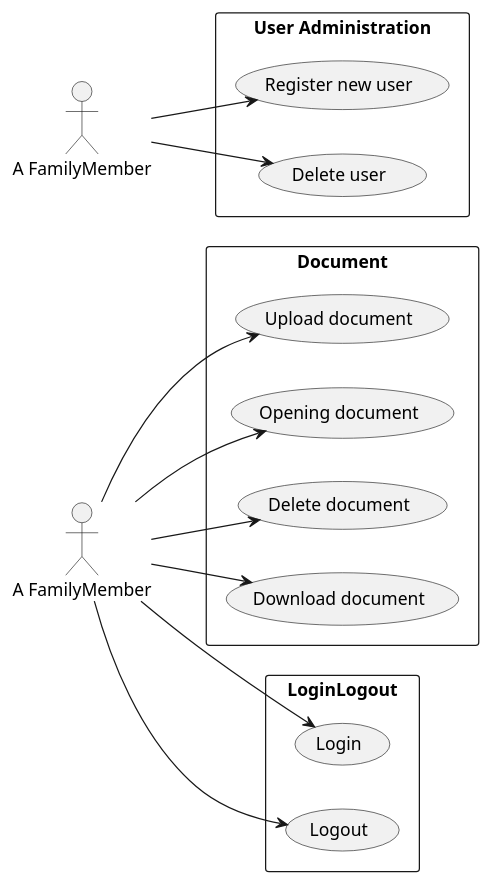
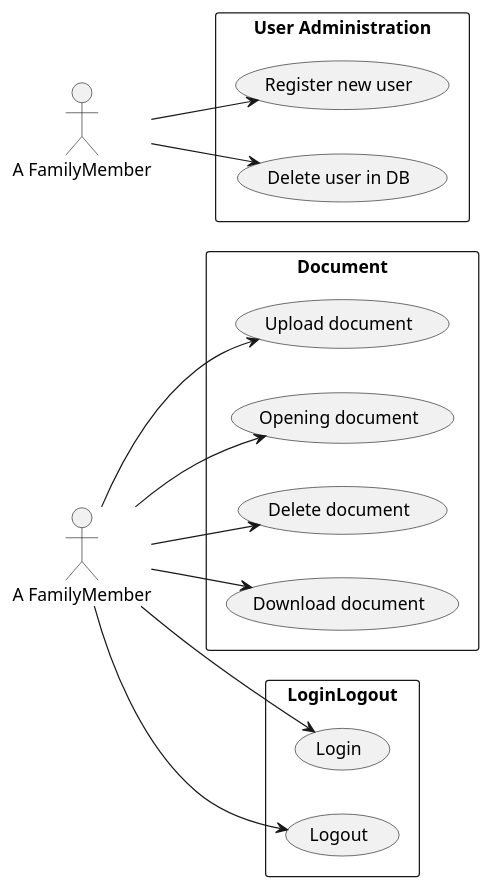
The diagram in architecture/use-case.puml (barnalismollich/coyotiv-barnali-smollich), drawn with PlantUML before and after one commit.

Commit message:
Check and correct puml files to current status

```diff
--- a/architecture/use-case.puml
+++ b/architecture/use-case.puml
@@ -1,38 +1,38 @@
 @startuml use-case.puml
 
 left to right direction
 
 skinparam Shadowing false
 skinparam PackageStyle rectangle
 
 actor "A FamilyMember" as user
 actor "A FamilyMember" as admin
 
 package "Document"{
 usecase "Upload document" as UC1
 usecase "Opening document" as UC2
 usecase "Delete document" as UC3
 usecase "Download document" as UC4
 }
 
 package "LoginLogout"{
 usecase "Login" as UC5
 usecase "Logout" as UC6
 }
 
 package "User Administration"{
 usecase "Register new user" as UC7
-usecase "Delete user" as UC8
+usecase "Delete user in DB" as UC8
 }
 
 user --> UC1
 user --> UC2
 user --> UC3
 user --> UC4
 user --> UC5
 user --> UC6
 
 admin --> UC7
 admin --> UC8
 
 @enduml
```
